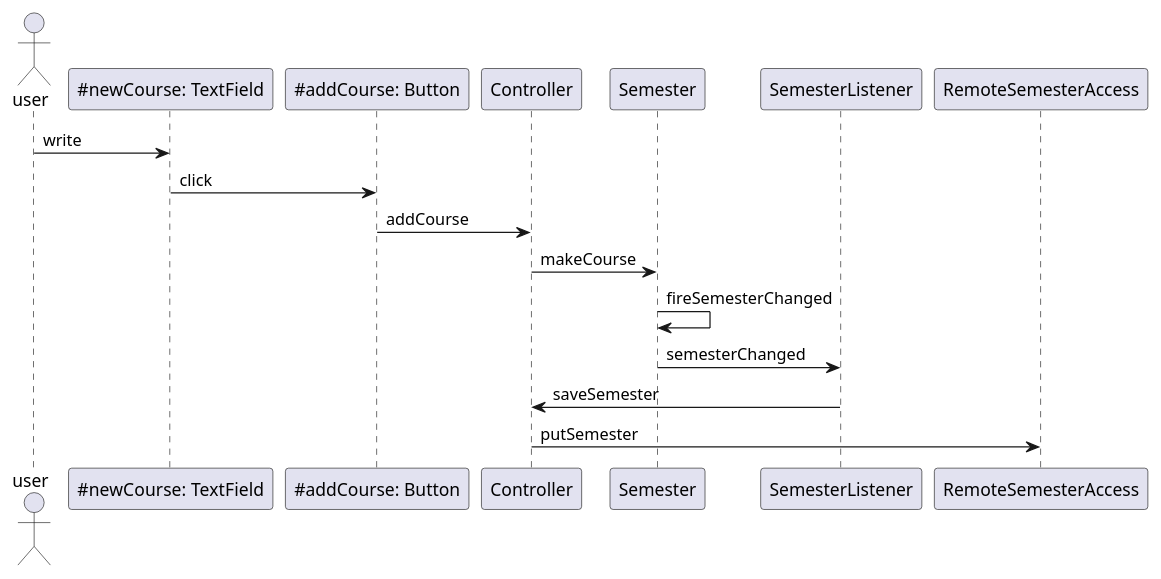
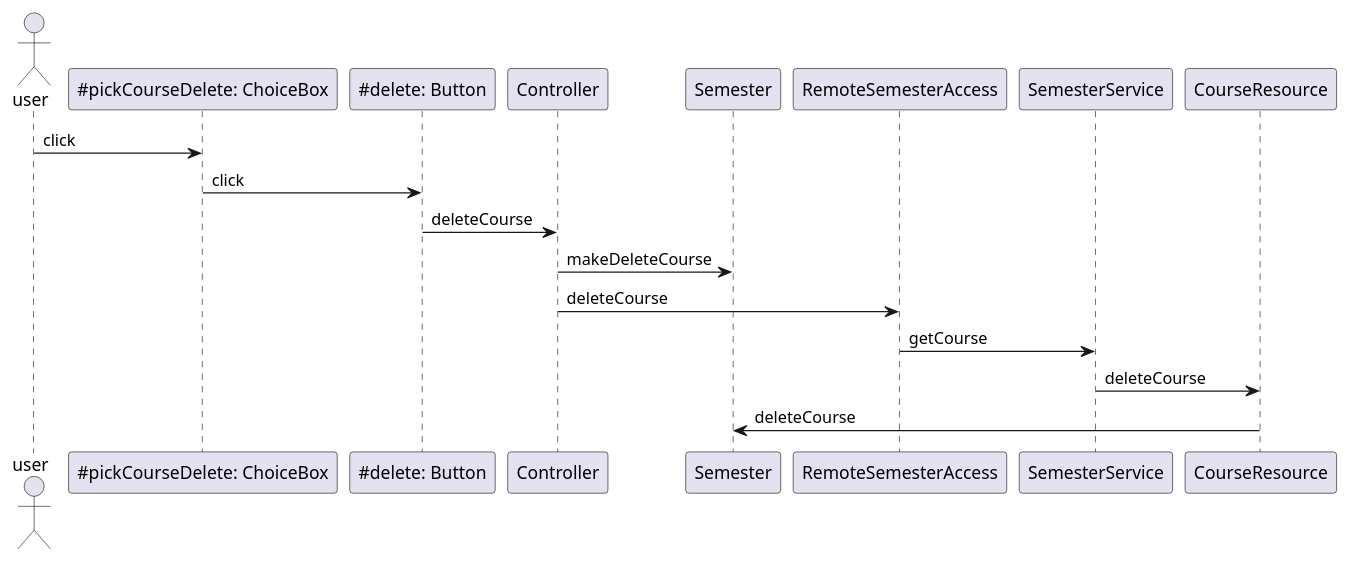
The fifth of 6 diagrams in IT1901/README.md (bmksimons/studytracker), drawn with PlantUML before and after one commit. The commit also changed other lines of this file, not shown here.

````diff
--- a/IT1901/README.md
+++ b/IT1901/README.md
@@ -209,14 +204,15 @@
 ``` plantuml
 @startuml
 actor user
-user -> "~#newCourse: TextField" as newCourse: write
-newCourse -> "~#addCourse: Button" as addCourse: click
-addCourse -> Controller: addCourse
-Controller -> Semester: makeCourse
-Semester -> Semester: fireSemesterChanged
-Semester -> SemesterListener: semesterChanged
-SemesterListener -> Controller: saveSemester
-Controller -> RemoteSemesterAccess: putSemester
+user -> "~#pickCourseDelete: ChoiceBox" as pickCourseDelete: click
+pickCourseDelete -> "~#delete: Button" as delete: click
+delete -> Controller: deleteCourse
+Controller -> Semester: makeDeleteCourse
+Controller -> RemoteSemesterAccess: deleteCourse
+RemoteSemesterAccess -> SemesterService: getCourse
+SemesterService -> CourseResource: deleteCourse
+CourseResource -> Semester: deleteCourse
+
 
 @enduml
 ```
````
